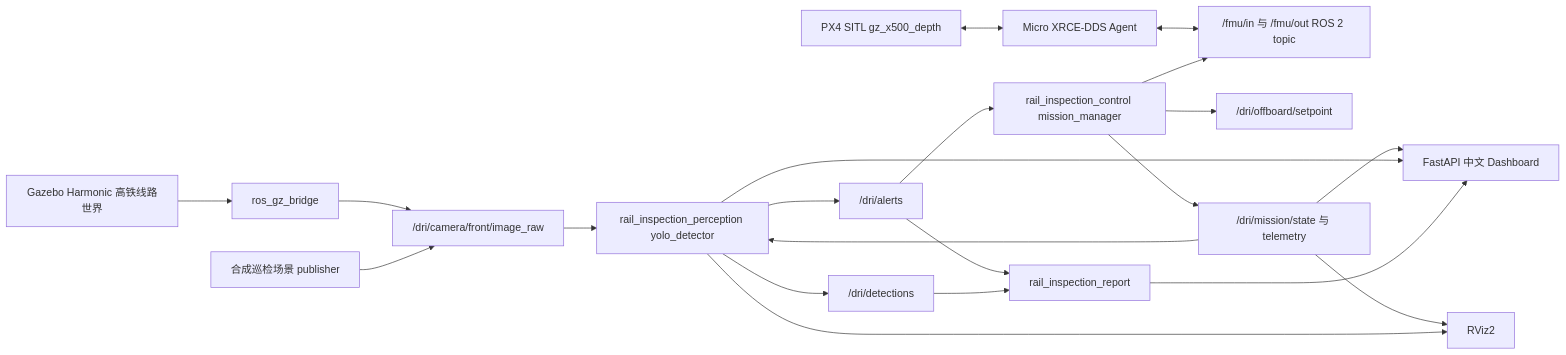
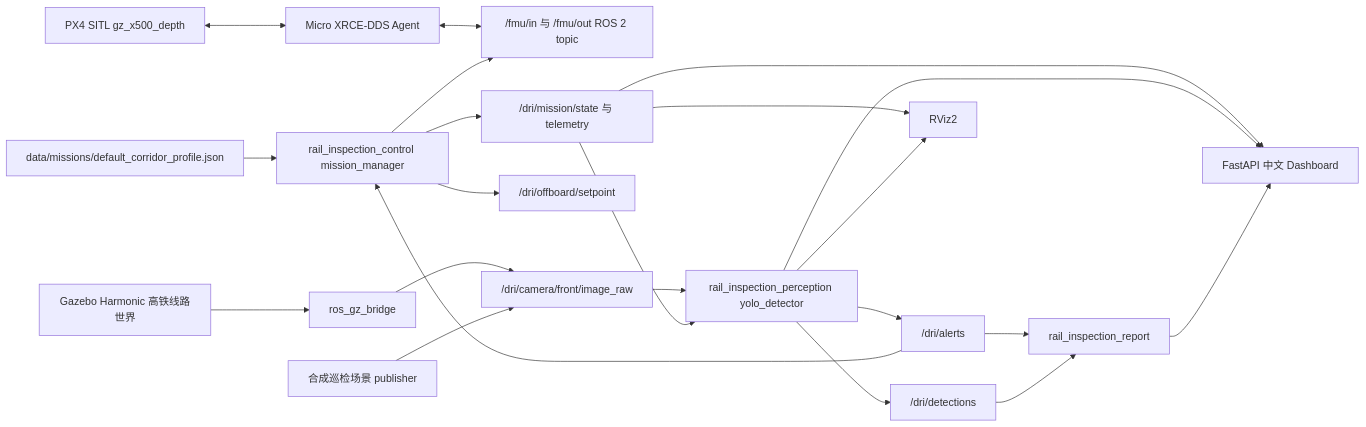
The diagram in docs/ARCHITECTURE.md (evanor05/rail-drone-inspection-sim), drawn with Mermaid before and after one commit. The commit also changed other lines of this file and 13 other files, not shown here.

````diff
--- a/docs/ARCHITECTURE.md
+++ b/docs/ARCHITECTURE.md
@@ -3,23 +3,24 @@
 ```mermaid
 flowchart LR
+  Profile["data/missions/default_corridor_profile.json"] --> Mission["rail_inspection_control mission_manager"]
   Gazebo["Gazebo Harmonic 高铁线路世界"] --> Bridge["ros_gz_bridge"]
   PX4["PX4 SITL gz_x500_depth"] <--> XRCE["Micro XRCE-DDS Agent"]
   XRCE <--> ROSPX4["/fmu/in 与 /fmu/out ROS 2 topic"]
   Bridge --> Camera["/dri/camera/front/image_raw"]
   Synthetic["合成巡检场景 publisher"] --> Camera
   Mission["rail_inspection_control mission_manager"] --> Setpoint["/dri/offboard/setpoint"]
   Mission --> ROSPX4
   Mission --> State["/dri/mission/state 与 telemetry"]
   Camera --> YOLO["rail_inspection_perception yolo_detector"]
   State --> YOLO
   YOLO --> Detections["/dri/detections"]
   YOLO --> Alerts["/dri/alerts"]
   Alerts --> Mission
   Alerts --> Report["rail_inspection_report"]
   Detections --> Report
   State --> Dashboard["FastAPI 中文 Dashboard"]
   YOLO --> Dashboard
   Report --> Dashboard
   State --> RViz["RViz2"]
   YOLO --> RViz
 ```
````
